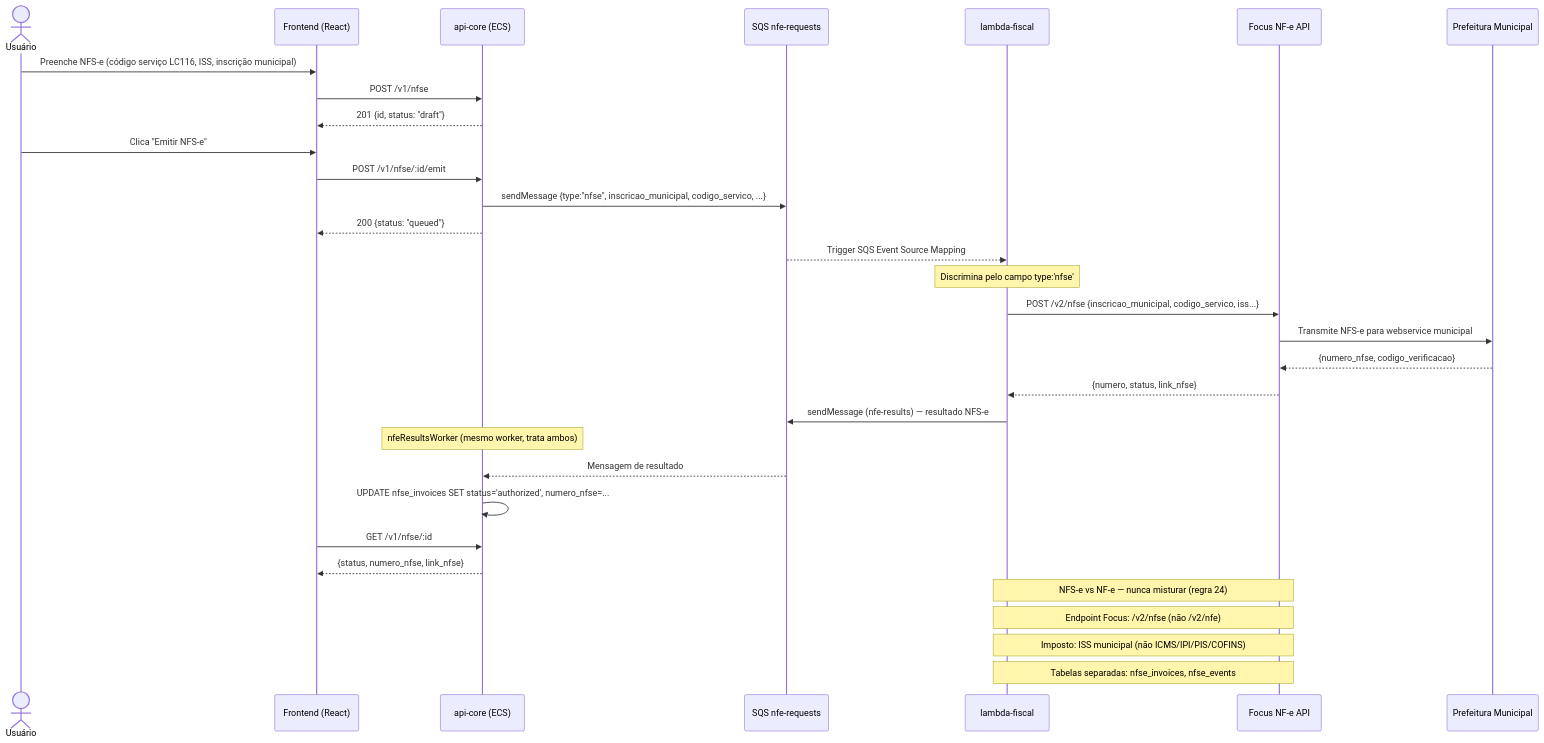
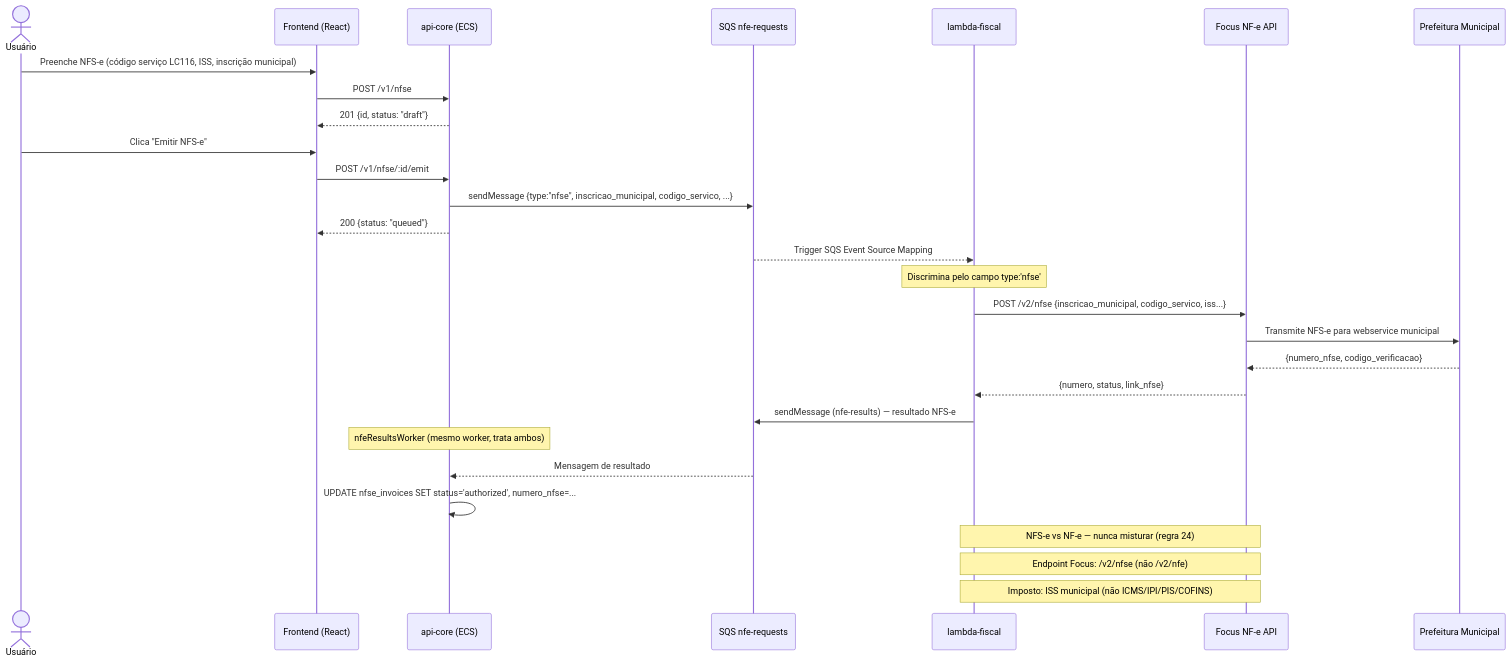
The fourth of 9 diagrams in README.md (gercenioxsilva/erp-lite), drawn with Mermaid before and after one commit. The commit also changed other lines of this file, not shown here.

````diff
--- a/README.md
+++ b/README.md
@@ -312,39 +312,35 @@
 ```mermaid
 sequenceDiagram
     actor U as Usuário
     participant F as Frontend (React)
     participant A as api-core (ECS)
     participant Q as SQS nfe-requests
     participant L as lambda-fiscal
     participant FX as Focus NF-e API
     participant PF as Prefeitura Municipal
 
     U->>F: Preenche NFS-e (código serviço LC116, ISS, inscrição municipal)
     F->>A: POST /v1/nfse
     A-->>F: 201 {id, status: "draft"}
 
     U->>F: Clica "Emitir NFS-e"
     F->>A: POST /v1/nfse/:id/emit
     A->>Q: sendMessage {type:"nfse", inscricao_municipal, codigo_servico, ...}
     A-->>F: 200 {status: "queued"}
 
     Q-->>L: Trigger SQS Event Source Mapping
     Note over L: Discrimina pelo campo type:'nfse'
     L->>FX: POST /v2/nfse {inscricao_municipal, codigo_servico, iss...}
     FX->>PF: Transmite NFS-e para webservice municipal
     PF-->>FX: {numero_nfse, codigo_verificacao}
     FX-->>L: {numero, status, link_nfse}
     L->>Q: sendMessage (nfe-results) — resultado NFS-e
 
     Note over A: nfeResultsWorker (mesmo worker, trata ambos)
     Q-->>A: Mensagem de resultado
     A->>A: UPDATE nfse_invoices SET status='authorized', numero_nfse=...
 
-    F->>A: GET /v1/nfse/:id
-    A-->>F: {status, numero_nfse, link_nfse}
-
     Note over L,FX: NFS-e vs NF-e — nunca misturar (regra 24)
     Note over L,FX: Endpoint Focus: /v2/nfse (não /v2/nfe)
     Note over L,FX: Imposto: ISS municipal (não ICMS/IPI/PIS/COFINS)
-    Note over L,FX: Tabelas separadas: nfse_invoices, nfse_events
 ```
````
